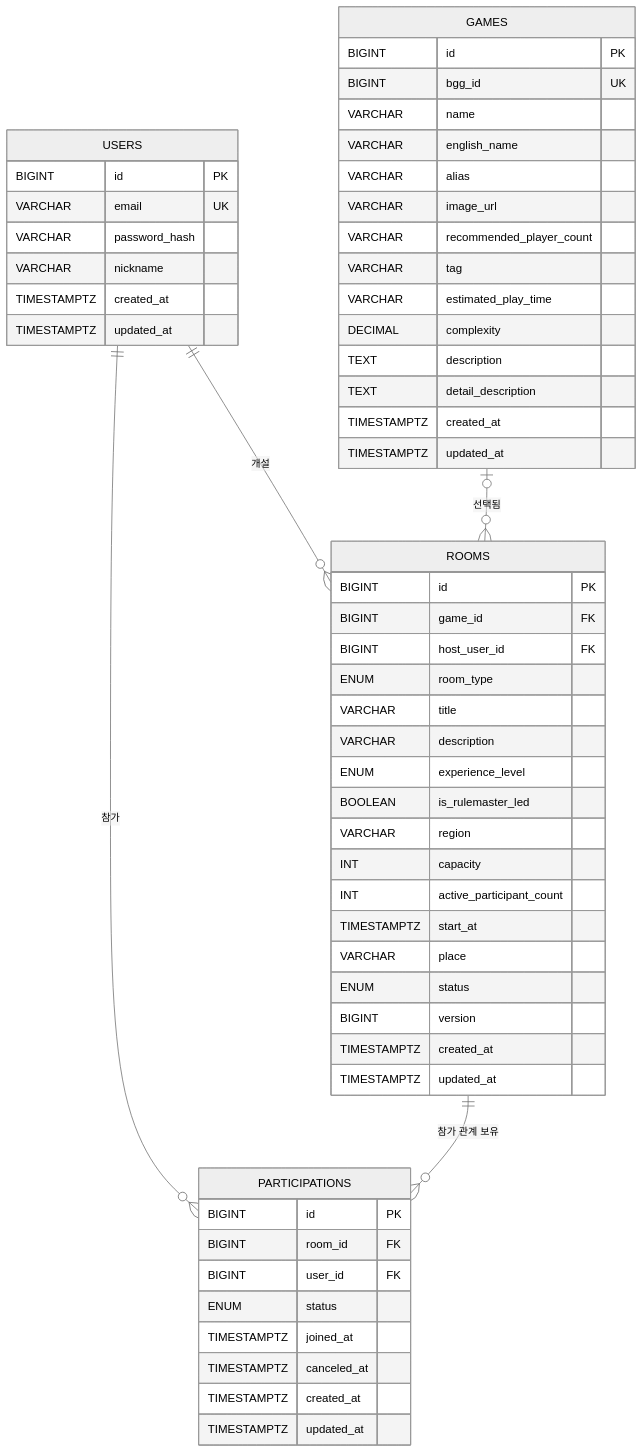
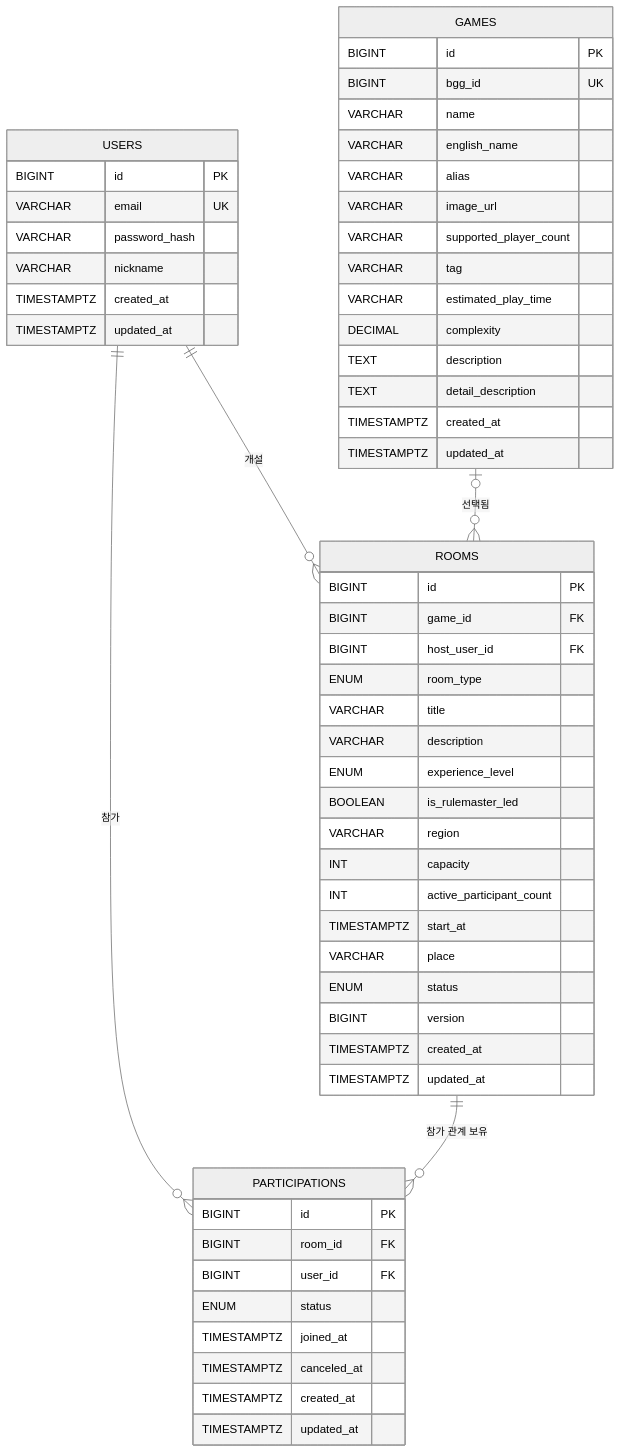
One commit to bamsongi-club/albam-mate changed the diagram in docs/ERD.md. Above: the diagram before and after it, drawn with Mermaid (neutral theme). The commit also changed other lines of this file and 5 other files, not shown here.

```diff
--- a/docs/ERD.md
+++ b/docs/ERD.md
@@ -23,64 +23,64 @@
 ~~~mermaid
 erDiagram
     USERS ||--o{ ROOMS : "개설"
     GAMES o|--o{ ROOMS : "선택됨"
     USERS ||--o{ PARTICIPATIONS : "참가"
     ROOMS ||--o{ PARTICIPATIONS : "참가 관계 보유"
 
     USERS {
         BIGINT id PK
         VARCHAR email UK
         VARCHAR password_hash
         VARCHAR nickname
         TIMESTAMPTZ created_at
         TIMESTAMPTZ updated_at
     }
 
     GAMES {
         BIGINT id PK
         BIGINT bgg_id UK
         VARCHAR name
         VARCHAR english_name
         VARCHAR alias
         VARCHAR image_url
-        VARCHAR recommended_player_count
+        VARCHAR supported_player_count
         VARCHAR tag
         VARCHAR estimated_play_time
         DECIMAL complexity
         TEXT description
         TEXT detail_description
         TIMESTAMPTZ created_at
         TIMESTAMPTZ updated_at
     }
 
     ROOMS {
         BIGINT id PK
         BIGINT game_id FK
         BIGINT host_user_id FK
         ENUM room_type
         VARCHAR title
         VARCHAR description
         ENUM experience_level
         BOOLEAN is_rulemaster_led
         VARCHAR region
         INT capacity
         INT active_participant_count
         TIMESTAMPTZ start_at
         VARCHAR place
         ENUM status
         BIGINT version
         TIMESTAMPTZ created_at
         TIMESTAMPTZ updated_at
     }
 
     PARTICIPATIONS {
         BIGINT id PK
         BIGINT room_id FK
         BIGINT user_id FK
         ENUM status
         TIMESTAMPTZ joined_at
         TIMESTAMPTZ canceled_at
         TIMESTAMPTZ created_at
         TIMESTAMPTZ updated_at
     }
 ~~~
```
